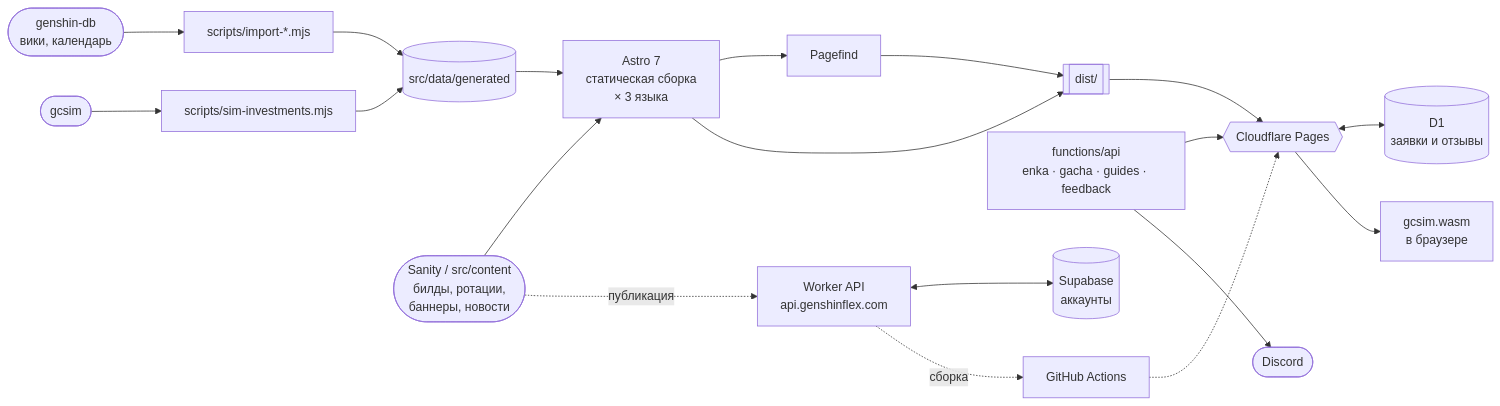
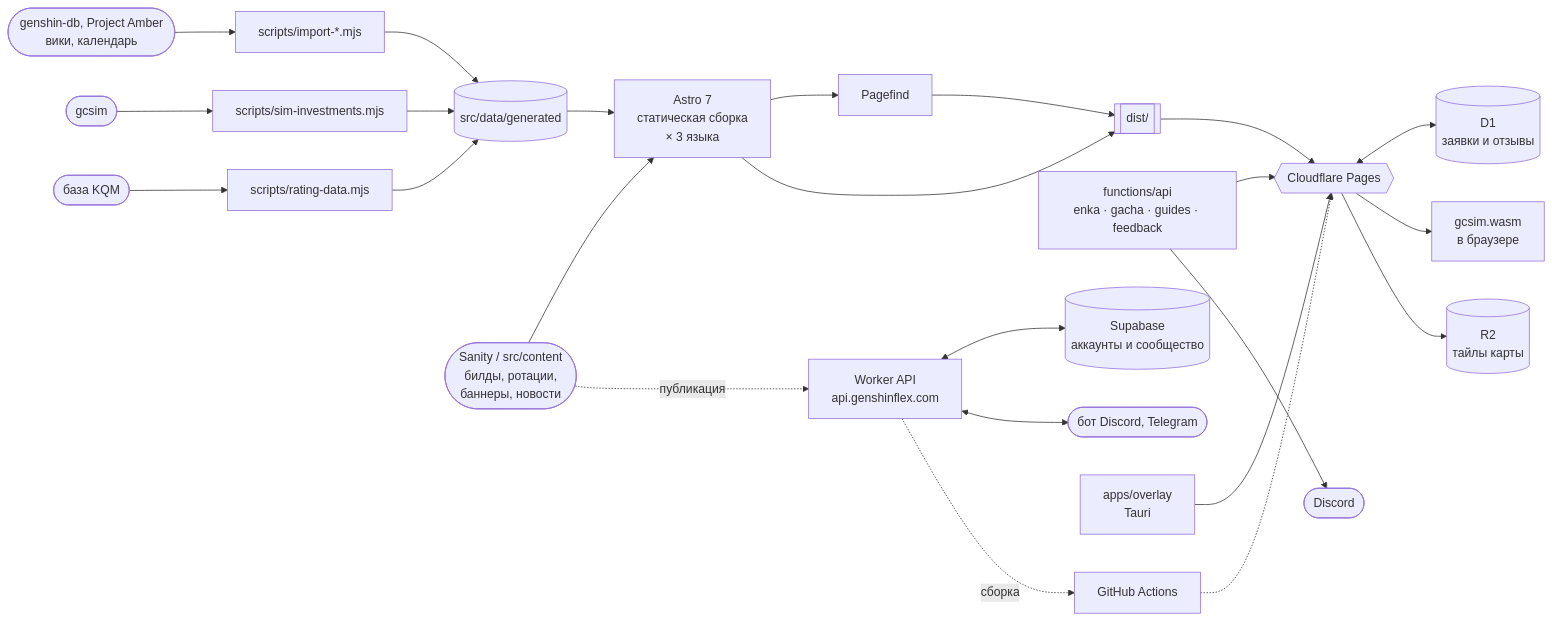
Before and after one commit to logreus-cloud/genshinflex: the diagram in README.md, drawn with Mermaid. The commit also changed other lines of this file, not shown here.

````diff
--- a/README.md
+++ b/README.md
@@ -80,17 +93,21 @@
 ```mermaid
 flowchart LR
-    GDB([genshin-db<br/>вики, календарь]) --> IMP[scripts/import-*.mjs]
+    GDB([genshin-db, Project Amber<br/>вики, календарь]) --> IMP[scripts/import-*.mjs]
     IMP --> GEN[(src/data/generated)]
     SIM([gcsim]) --> INV[scripts/sim-investments.mjs] --> GEN
+    KQM([база KQM]) --> RT[scripts/rating-data.mjs] --> GEN
     CMS([Sanity / src/content<br/>билды, ротации,<br/>баннеры, новости]) --> ASTRO
     GEN --> ASTRO[Astro 7<br/>статическая сборка<br/>× 3 языка]
     ASTRO --> PF[Pagefind] --> DIST[[dist/]]
     ASTRO --> DIST
     DIST --> CF{{Cloudflare Pages}}
     FN[functions/api<br/>enka · gacha · guides · feedback] --> CF
     CF <--> D1[(D1<br/>заявки и отзывы)]
     FN --> DC([Discord])
     CF --> WASM[gcsim.wasm<br/>в браузере]
-    API[Worker API<br/>api.genshinflex.com] <--> SB[(Supabase<br/>аккаунты)]
+    API[Worker API<br/>api.genshinflex.com] <--> SB[(Supabase<br/>аккаунты и сообщество)]
+    CF --> R2[(R2<br/>тайлы карты)]
+    API <--> DCB([бот Discord, Telegram])
+    OV[apps/overlay<br/>Tauri] --> CF
     CMS -. публикация .-> API -. сборка .-> GHA[GitHub Actions] -.-> CF
 ```
````
